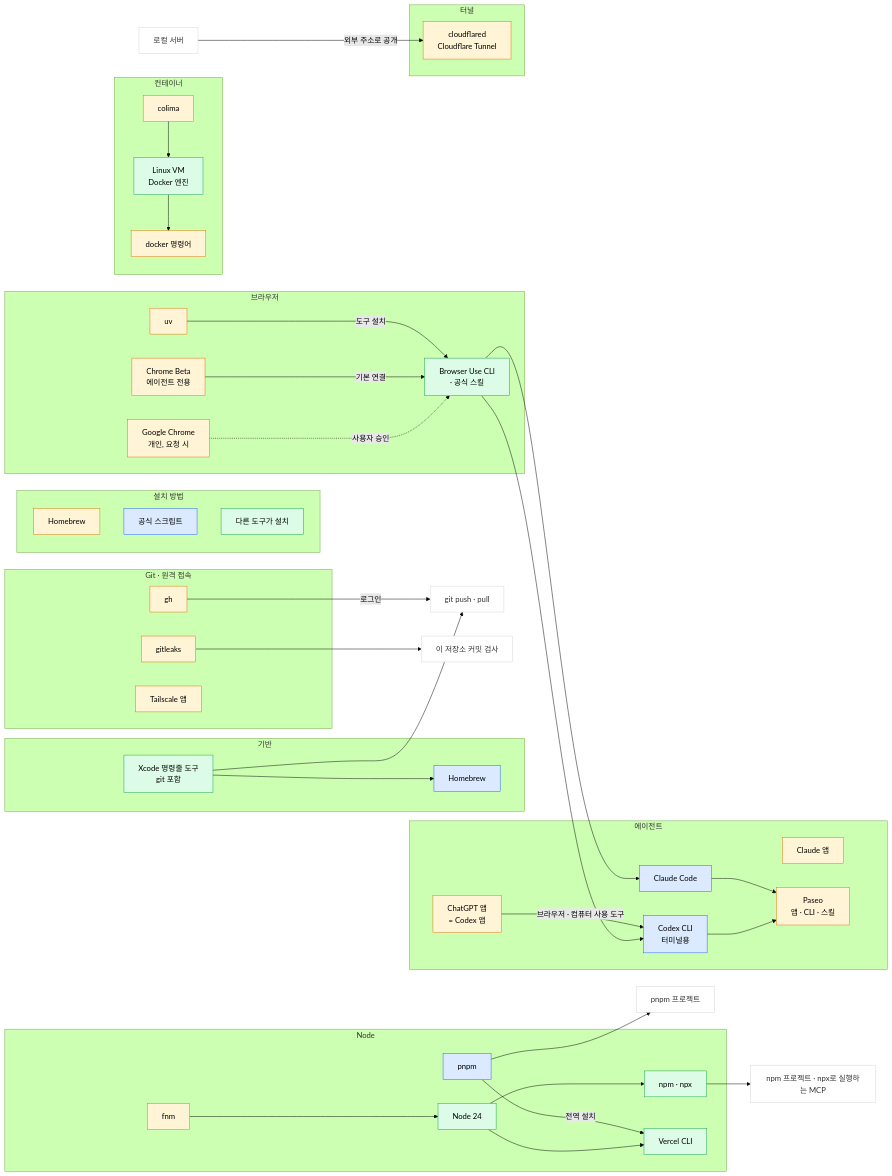
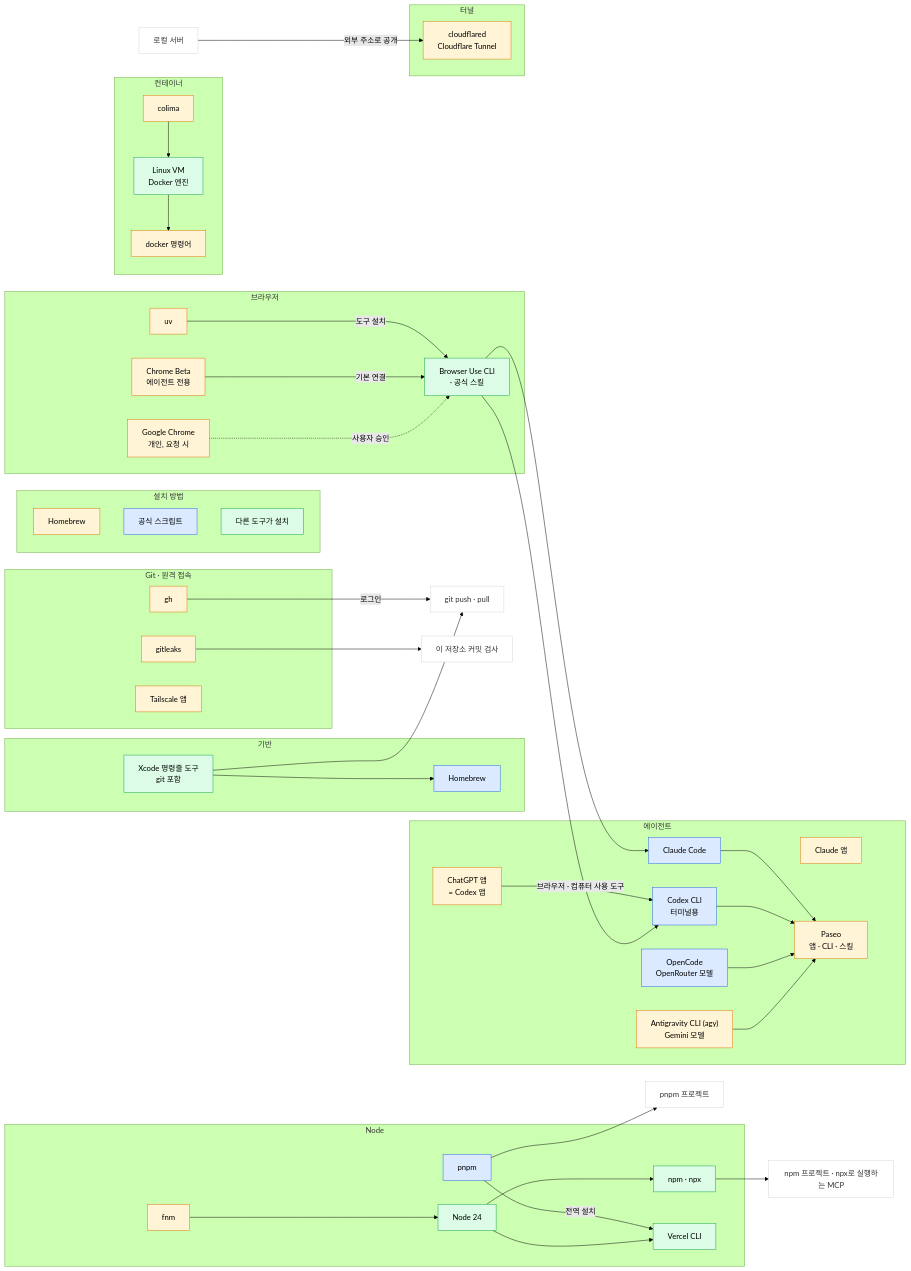
The diagram in TOOLS.md (01-works/bootstrap), drawn with Mermaid (forest theme) before and after one commit. The commit also changed 10 other files, not shown here.

````diff
--- a/TOOLS.md
+++ b/TOOLS.md
@@ -57,11 +57,15 @@
     CLAUDEAPP["Claude 앱"]
     CHATGPT["ChatGPT 앱<br/>= Codex 앱"]
     CODEX["Codex CLI<br/>터미널용"]
+    OPENCODE["OpenCode<br/>OpenRouter 모델"]
+    AGY["Antigravity CLI (agy)<br/>Gemini 모델"]
     PASEO["Paseo<br/>앱 · CLI · 스킬"]
   end
   CHATGPT -->|브라우저 · 컴퓨터 사용 도구| CODEX
   CC --> PASEO
   CODEX --> PASEO
+  OPENCODE --> PASEO
+  AGY --> PASEO
 
   subgraph sgBrowser["브라우저"]
     CHROME["Google Chrome<br/>개인, 요청 시"]
@@ -85,8 +89,8 @@
   classDef bundled fill:#dcfce7,stroke:#16a34a,color:#000
   classDef use fill:#ffffff,stroke:#d1d5db,color:#333
 
-  class BREW,CC,CODEX,PNPM script
+  class BREW,CC,CODEX,OPENCODE,PNPM script
   class CLT,NODE,NPM,VM,VERCEL,BU bundled
-  class FNM,COLIMA,DOCKER,CLAUDEAPP,CHATGPT,PASEO,CF,GH,GL,TSAPP,CHROME,CHROMEBETA,UV brew
+  class FNM,COLIMA,DOCKER,CLAUDEAPP,CHATGPT,PASEO,AGY,CF,GH,GL,TSAPP,CHROME,CHROMEBETA,UV brew
   class PP,NP,GIT,HOOK,LOCAL use
 ```
````
